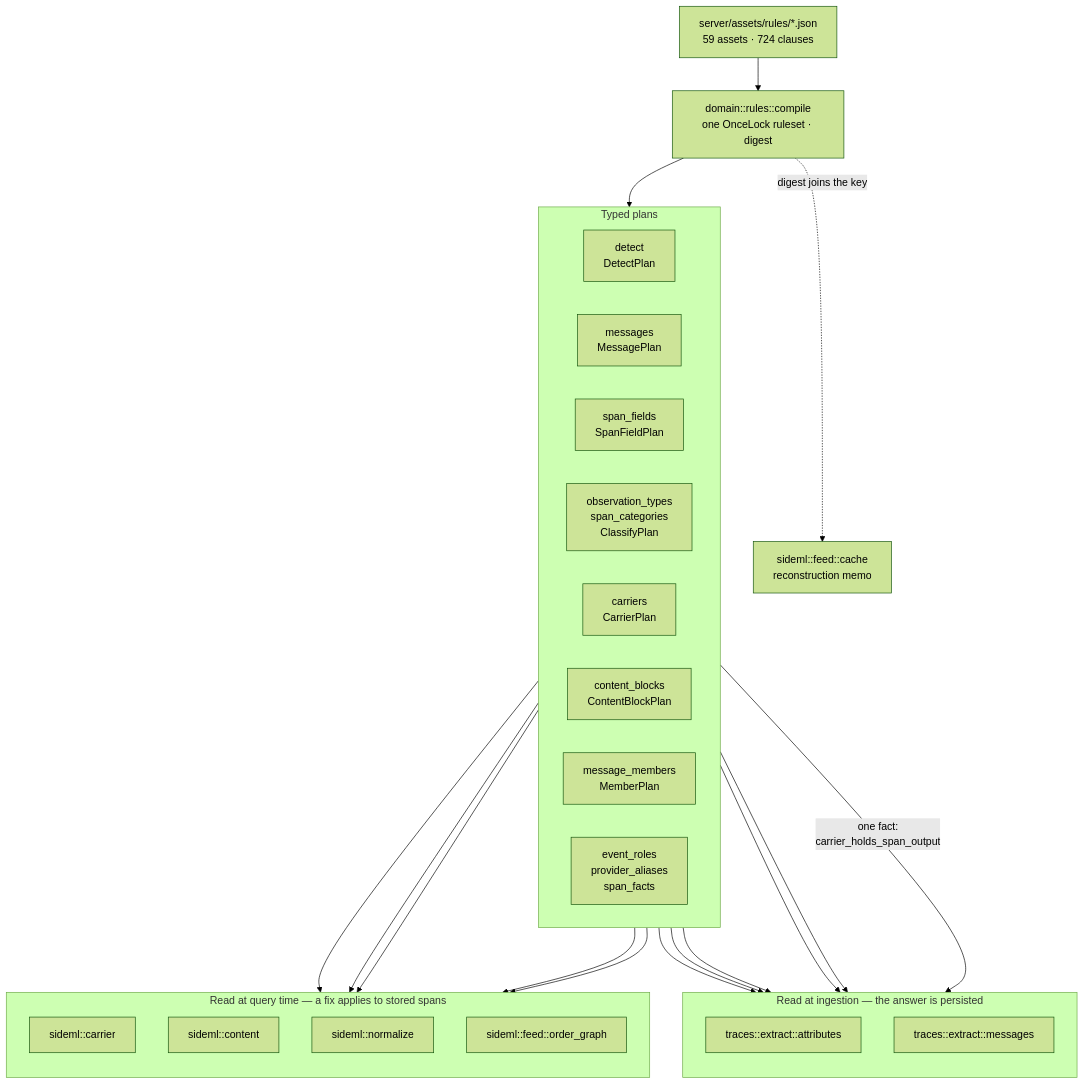
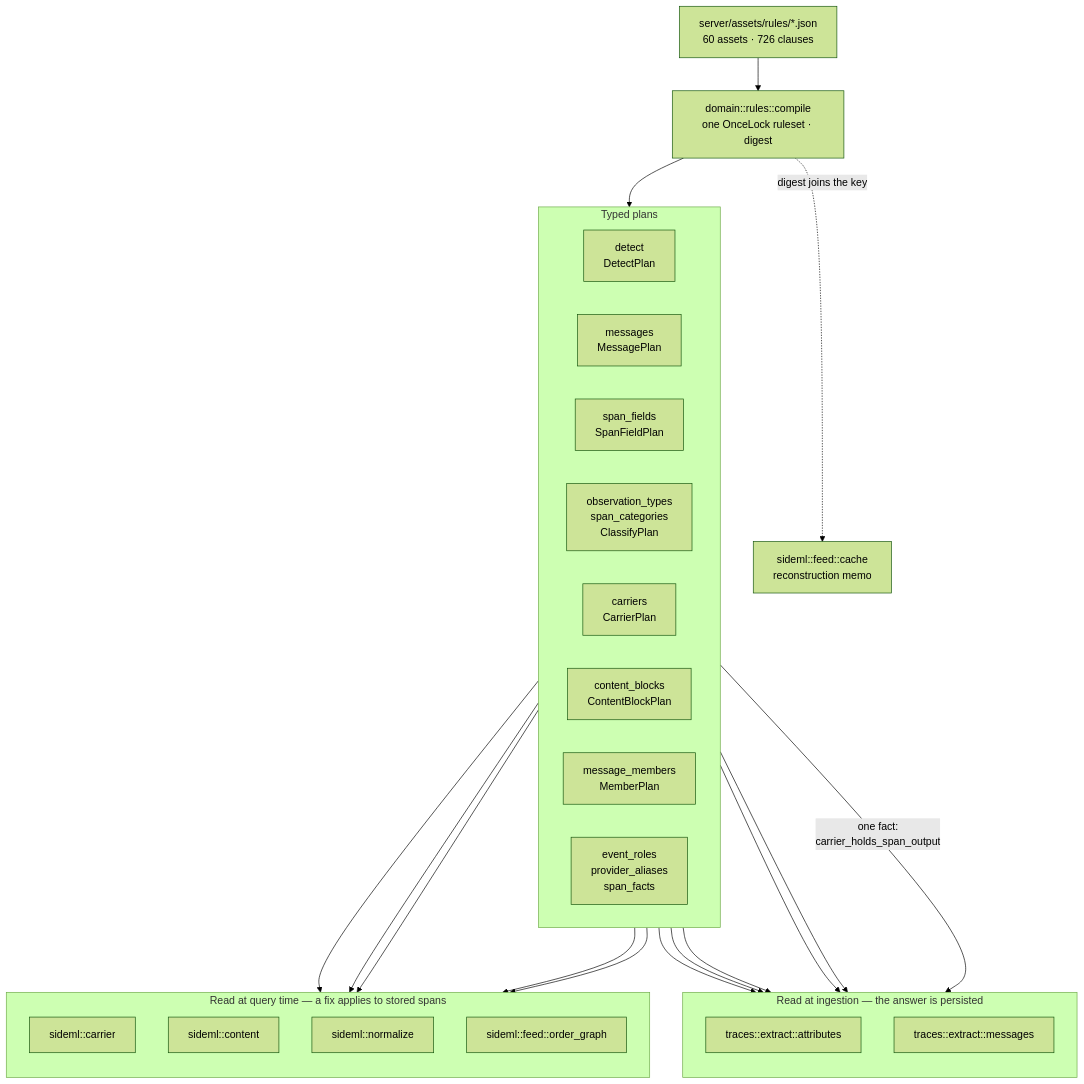
One commit to sideseat/sideseat changed the first of 7 diagrams in docs/engineering/architecture-diagrams.md. Above: the diagram before and after it, drawn with Mermaid (forest theme). The commit also changed 32 other files, not shown here.

````diff
--- a/docs/engineering/architecture-diagrams.md
+++ b/docs/engineering/architecture-diagrams.md
@@ -18,47 +18,47 @@
 ```mermaid
 flowchart TB
-    assets["server/assets/rules/*.json<br/>59 assets · 724 clauses"]
+    assets["server/assets/rules/*.json<br/>60 assets · 726 clauses"]
     compile["domain::rules::compile<br/>one OnceLock ruleset · digest"]
     assets --> compile
 
     subgraph plans["Typed plans"]
         direction LR
         detect["detect<br/>DetectPlan"]
         messages["messages<br/>MessagePlan"]
         fields["span_fields<br/>SpanFieldPlan"]
         classify["observation_types<br/>span_categories<br/>ClassifyPlan"]
         carriers["carriers<br/>CarrierPlan"]
         blocks["content_blocks<br/>ContentBlockPlan"]
         members["message_members<br/>MemberPlan"]
         roles["event_roles<br/>provider_aliases<br/>span_facts"]
     end
     compile --> plans
 
     subgraph ingest["Read at ingestion — the answer is persisted"]
         direction TB
         attrs["traces::extract::attributes"]
         msgs["traces::extract::messages"]
     end
 
     subgraph query["Read at query time — a fix applies to stored spans"]
         direction TB
         carrier["sideml::carrier"]
         content["sideml::content"]
         normalize["sideml::normalize"]
         order["sideml::feed::order_graph"]
     end
 
     detect --> attrs
     fields --> attrs
     classify --> attrs
     roles --> attrs
     messages --> msgs
     carriers -->|"one fact:<br/>carrier_holds_span_output"| msgs
     carriers --> carrier
     carriers --> order
     blocks --> content
     members --> content
     roles --> normalize
 
     compile -. "digest joins the key" .-> cache["sideml::feed::cache<br/>reconstruction memo"]
 ```
````
